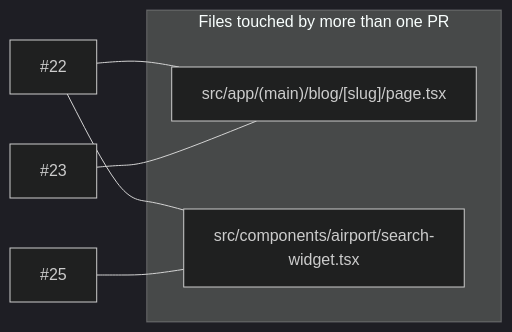
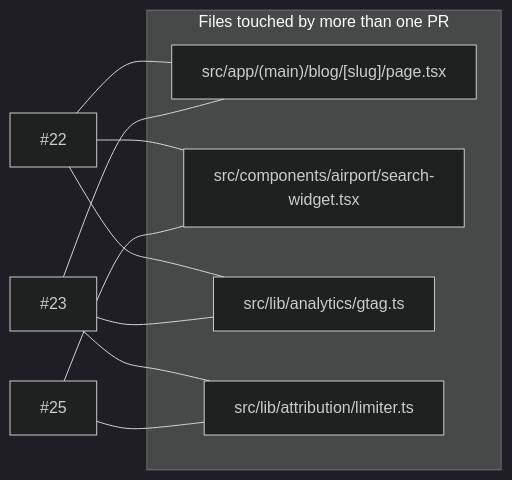
Before and after one commit to tomdro61/Triply: the second of 2 diagrams in docs/code-review-graph.md, drawn with Mermaid (dark theme). The commit also changed other lines of this file, not shown here.

First line of the commit message:
docs: review graph — migrations renumbered 024/025/026, 22 Sep fix status, runbook checklist

````diff
--- a/docs/code-review-graph.md
+++ b/docs/code-review-graph.md
@@ -49,11 +60,17 @@
 ```mermaid
 flowchart LR
   subgraph shared ["Files touched by more than one PR"]
     f1["src/app/(main)/blog/[slug]/page.tsx"]
     f2["src/components/airport/search-widget.tsx"]
+    f3["src/lib/analytics/gtag.ts"]
+    f4["src/lib/attribution/limiter.ts"]
   end
   pr22["#22"] --- f1
   pr23["#23"] --- f1
   pr22 --- f2
   pr25["#25"] --- f2
+  pr22 --- f3
+  pr23 --- f3
+  pr23 --- f4
+  pr25 --- f4
 ```
````
